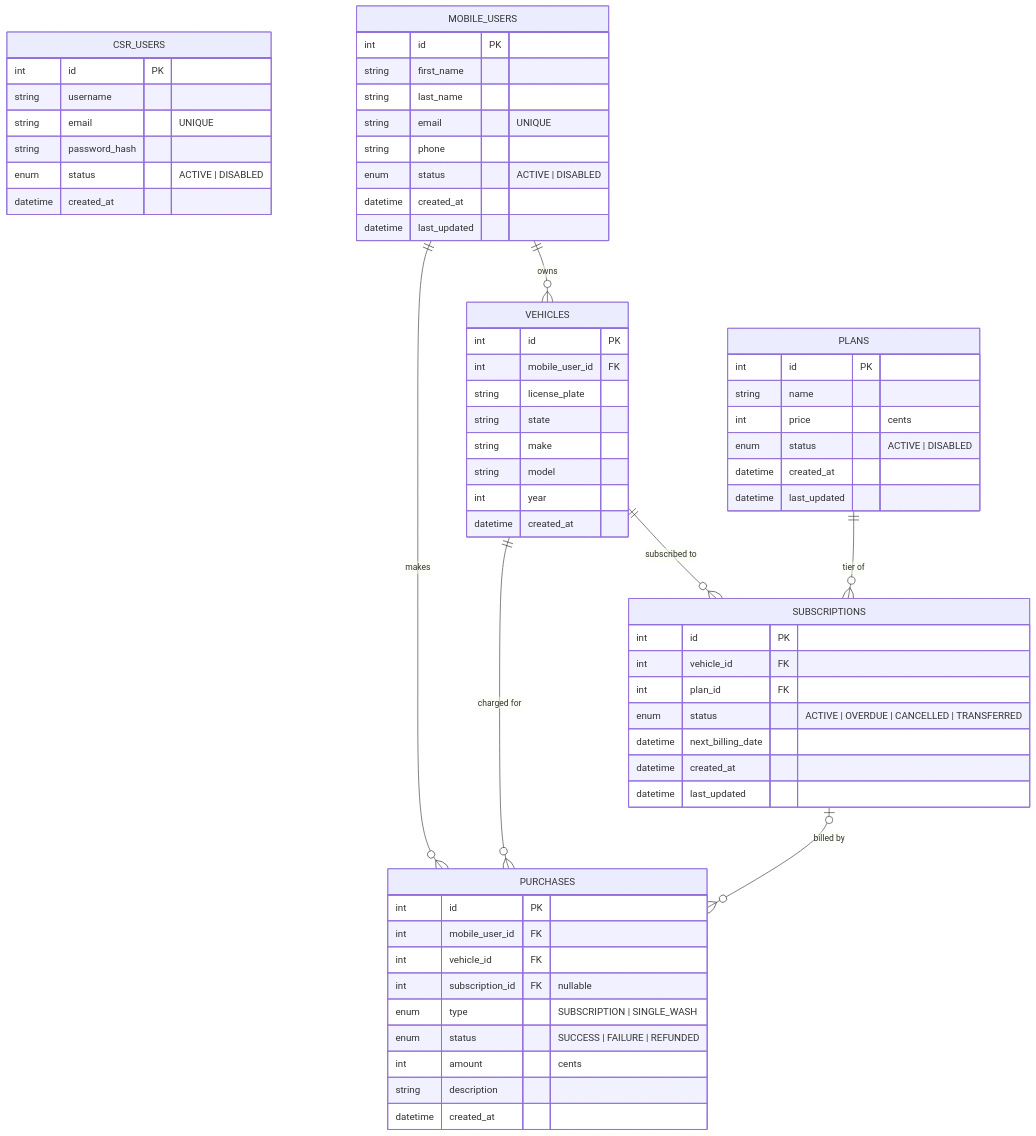
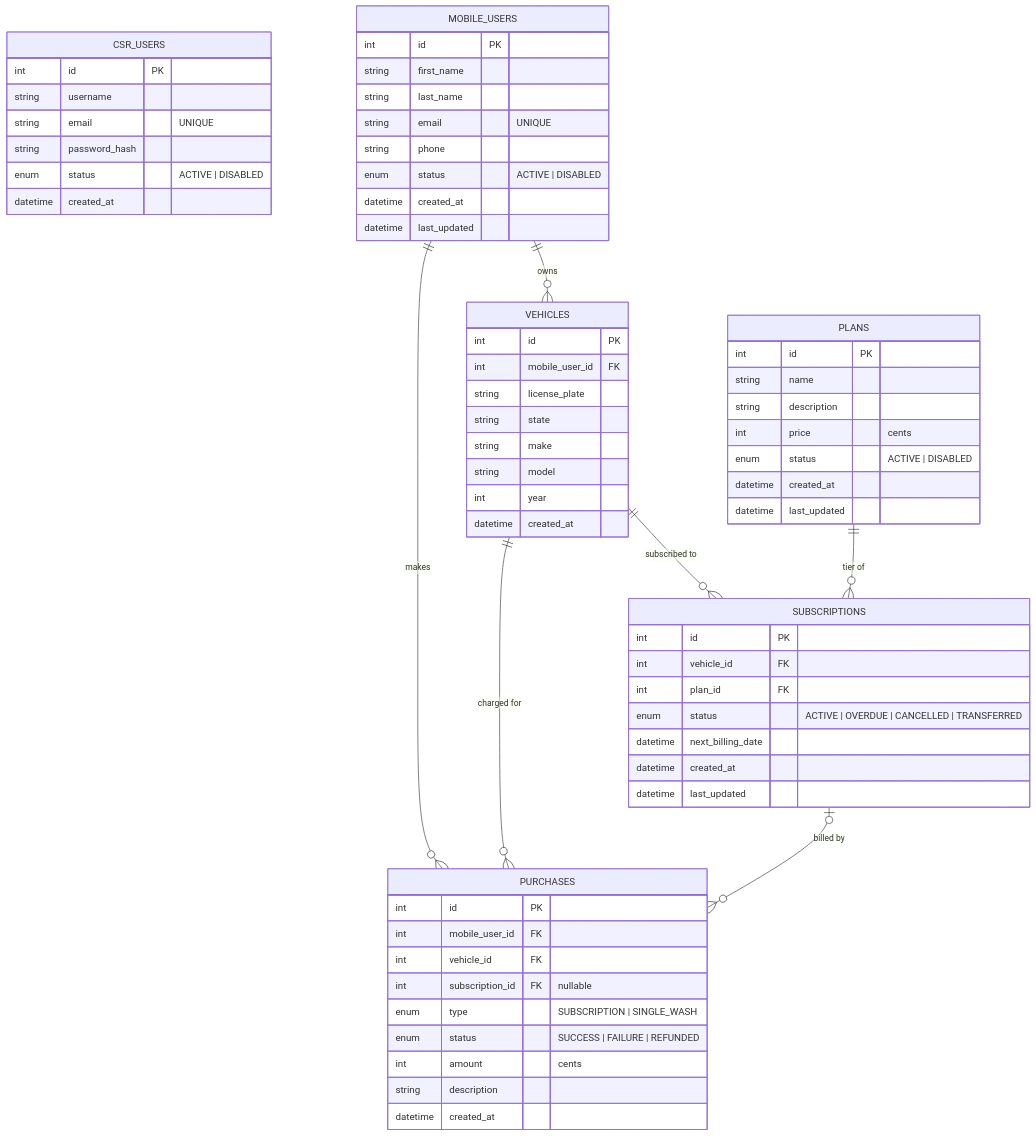
One commit to ajarnagin1992/amp-csr-portal changed the diagram in ER-DIAGRAM.md. Above: the diagram before and after it, drawn with Mermaid. The commit also changed 37 other files, not shown here.

````diff
--- a/ER-DIAGRAM.md
+++ b/ER-DIAGRAM.md
@@ -1,66 +1,67 @@
 ```mermaid
 erDiagram
 	CSR_USERS{
         int id PK
         string username
         string email "UNIQUE"
         string password_hash
         enum status "ACTIVE | DISABLED"
         datetime created_at
 	}
 	MOBILE_USERS{
 		int id PK
 		string first_name
 		string last_name
 		string email "UNIQUE"
 		string phone
 		enum status "ACTIVE | DISABLED"
 		datetime created_at
         datetime last_updated
 	}
 	VEHICLES{
 		int id PK
 		int mobile_user_id FK
         string license_plate
         string state
         string make
         string model
         int year
         datetime created_at
 	}
     PLANS{
         int id PK
         string name
+        string description
         int price "cents"
         enum status "ACTIVE | DISABLED"
         datetime created_at
         datetime last_updated
     }
 	PURCHASES{
 		int id PK
         int mobile_user_id FK
         int vehicle_id FK
         int subscription_id FK "nullable"
 		enum type "SUBSCRIPTION | SINGLE_WASH"
         enum status "SUCCESS | FAILURE | REFUNDED"
 		int amount "cents"
         string description
         datetime created_at
 	}
 	SUBSCRIPTIONS{
 		int id PK
 		int vehicle_id FK
         int plan_id FK
         enum status "ACTIVE | OVERDUE | CANCELLED | TRANSFERRED"
         datetime next_billing_date
         datetime created_at
         datetime last_updated
 	}
 	
 	MOBILE_USERS ||--o{ VEHICLES : "owns"
 	MOBILE_USERS ||--o{ PURCHASES : "makes"
 	VEHICLES ||--o{ SUBSCRIPTIONS : "subscribed to"
     PLANS ||--o{ SUBSCRIPTIONS : "tier of"
     VEHICLES ||--o{ PURCHASES : "charged for"
     SUBSCRIPTIONS |o--o{ PURCHASES : "billed by"
 ```
````
